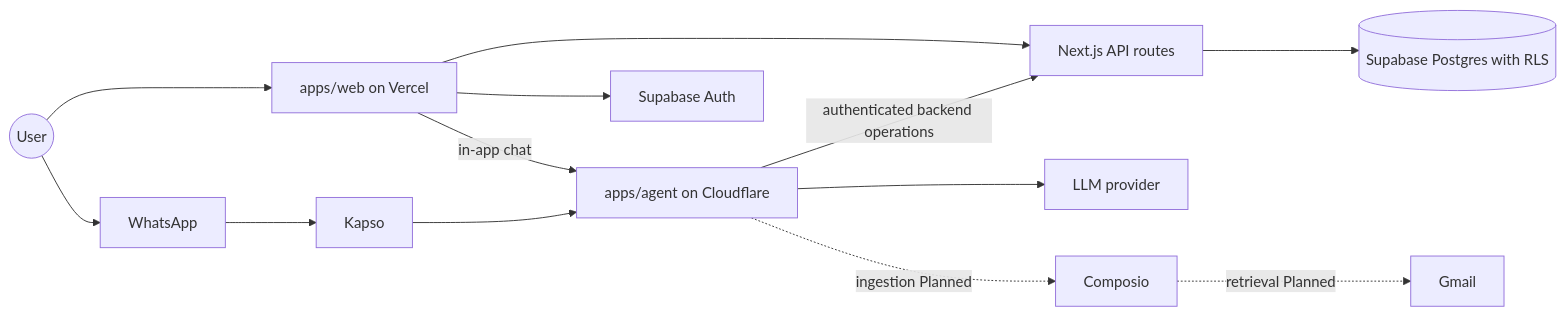
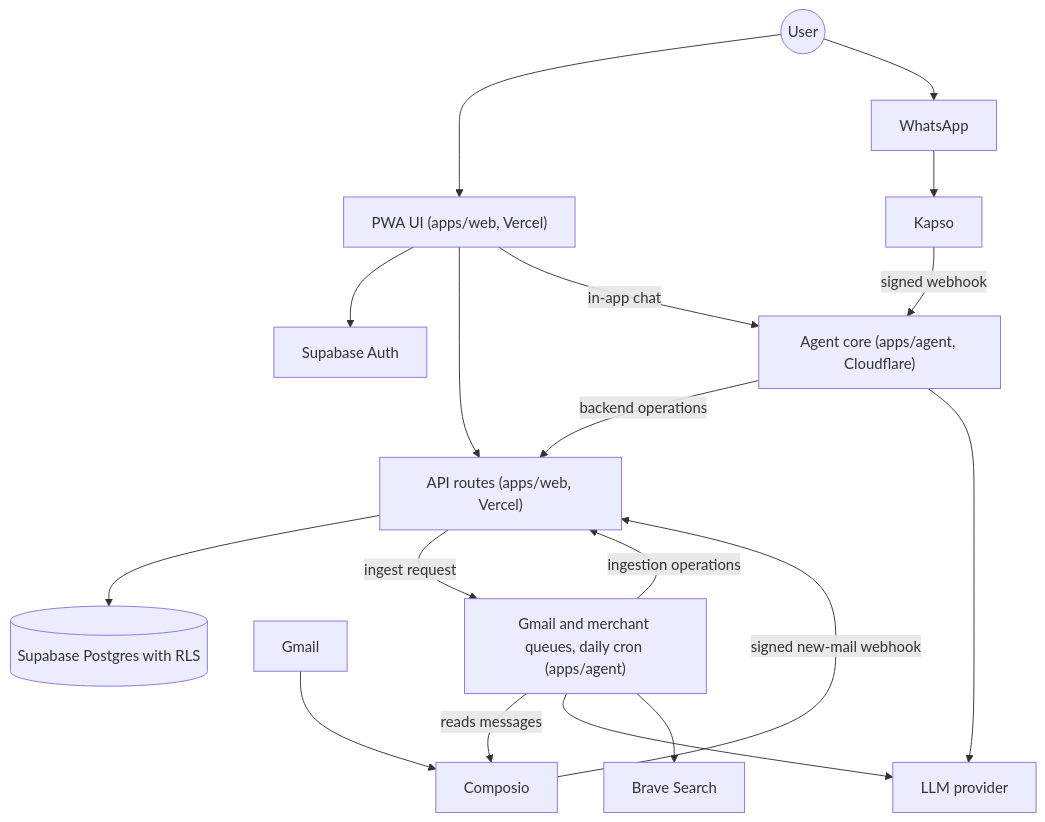
One commit to ZoeMohamed/Monara changed the diagram in docs/tech/architecture.md. Above: the diagram before and after it, drawn with Mermaid. The commit also changed other lines of this file and 18 other files, not shown here.

````diff
--- a/docs/tech/architecture.md
+++ b/docs/tech/architecture.md
@@ -26,15 +27,20 @@
 ```mermaid
-flowchart LR
-  User((User)) --> Web["apps/web on Vercel"]
+flowchart TB
+  User((User)) --> UI["PWA UI (apps/web, Vercel)"]
   User --> WA[WhatsApp]
   WA --> Kapso
-  Kapso --> Agent["apps/agent on Cloudflare"]
-  Web -- "in-app chat" --> Agent
-  Agent -- "authenticated backend operations" --> API["Next.js API routes"]
-  Web --> API
+  UI --> Auth[Supabase Auth]
+  UI --> API["API routes (apps/web, Vercel)"]
   API --> DB[("Supabase Postgres with RLS")]
-  Web --> Auth[Supabase Auth]
+  UI -- "in-app chat" --> Agent["Agent core (apps/agent, Cloudflare)"]
+  Kapso -- "signed webhook" --> Agent
+  Agent -- "backend operations" --> API
   Agent --> LLM[LLM provider]
-  Agent -. "ingestion Planned" .-> Composio
-  Composio -. "retrieval Planned" .-> Gmail
+  Gmail --> Composio
+  Composio -- "signed new-mail webhook" --> API
+  API -- "ingest request" --> Jobs["Gmail and merchant queues, daily cron (apps/agent)"]
+  Jobs -- "ingestion operations" --> API
+  Jobs -- "reads messages" --> Composio
+  Jobs --> LLM
+  Jobs --> Brave[Brave Search]
 ```
````
